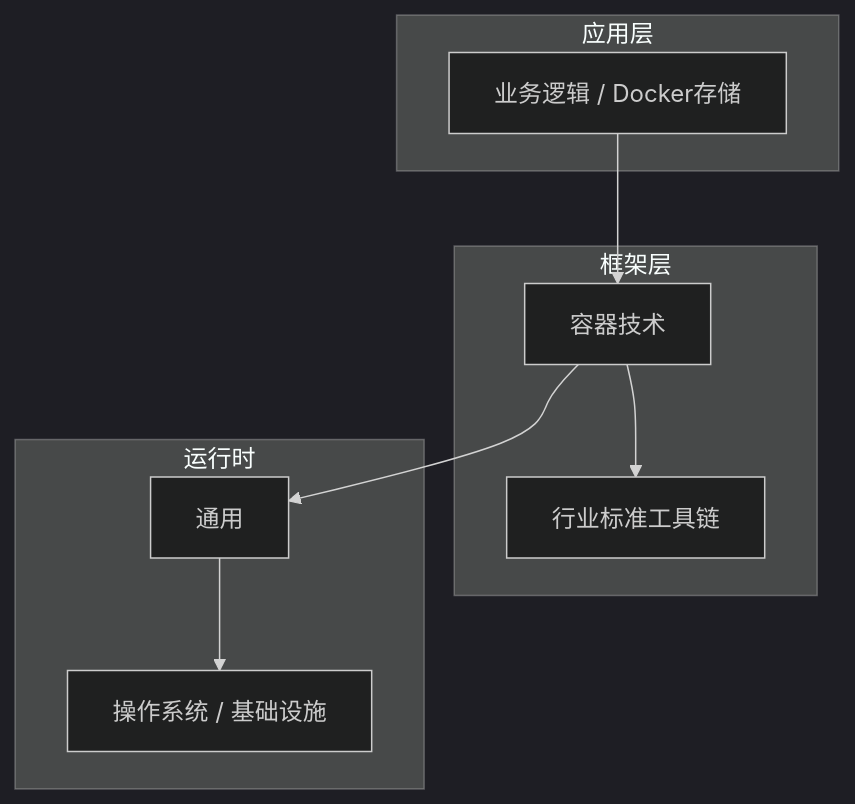
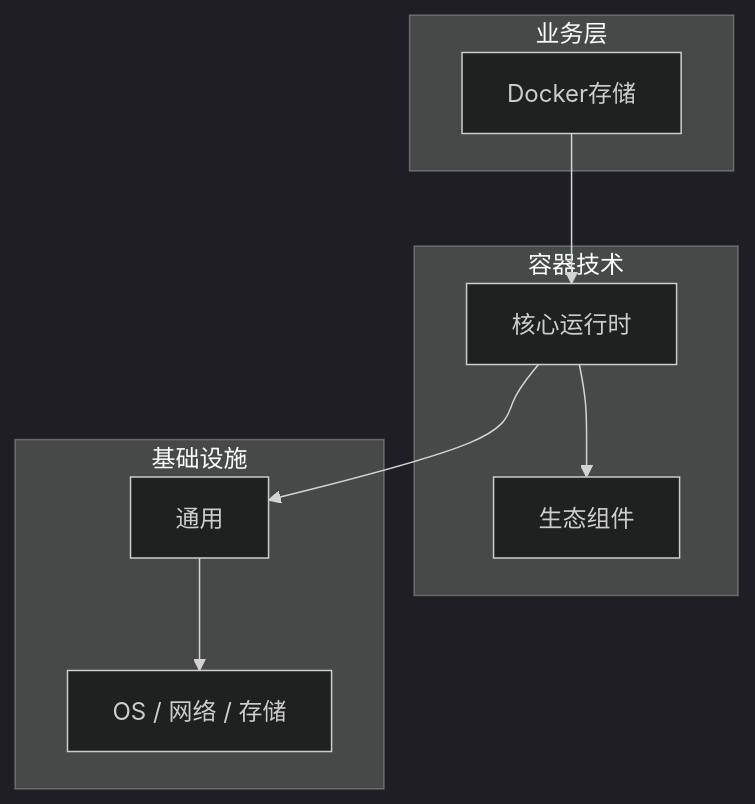
One commit to yanggan2015/knowledge-json-v2 changed the diagram in articles/容器技术/chapters/071-Docker存储核心概念与原理.md. Above: the diagram before and after it, drawn with Mermaid (dark theme). The commit also changed other lines of this file and 10127 other files, not shown here.

````diff
--- a/articles/容器技术/chapters/071-Docker存储核心概念与原理.md
+++ b/articles/容器技术/chapters/071-Docker存储核心概念与原理.md
@@ -45,18 +34,18 @@
 ```mermaid
 graph TB
-    subgraph 应用层
-        A[业务逻辑 / Docker存储]
+    subgraph 业务层
+        A[Docker存储]
     end
-    subgraph 框架层
-        B[容器技术]
-        C[行业标准工具链]
+    subgraph 容器技术
+        B[核心运行时]
+        C[生态组件]
     end
-    subgraph 运行时
+    subgraph 基础设施
         D[通用]
-        E[操作系统 / 基础设施]
+        E[OS / 网络 / 存储]
     end
     A --> B
     B --> C
     B --> D
     D --> E
 ```
````
